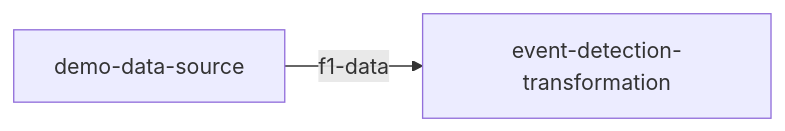
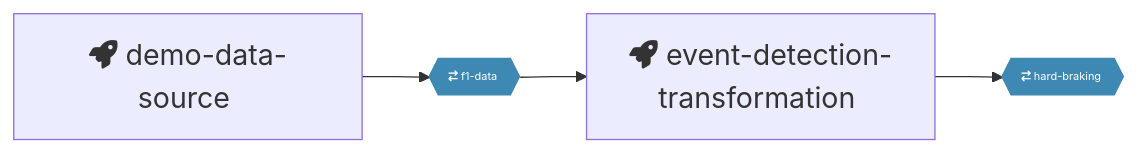
Before and after one commit to quixio/quix-cli: the diagram in docs/Reference/pipeline/view.md, drawn with Mermaid. The commit also changed other lines of this file and 2 other files, not shown here.

````diff
--- a/docs/Reference/pipeline/view.md
+++ b/docs/Reference/pipeline/view.md
@@ -51,5 +25,14 @@
 ```mermaid
 %%{ init: { 'flowchart': { 'curve': 'monotoneX' } } }%%
 graph LR;
-demo-data-source[demo-data-source] -->|f1-data|event-detection-transformation[event-detection-transformation];
+demo-data-source[fa:fa-rocket demo-data-source &#8205] --> f1-data{{ fa:fa-arrow-right-arrow-left f1-data &#8205}}:::topic;
+f1-data{{ fa:fa-arrow-right-arrow-left f1-data &#8205}}:::topic --> event-detection-transformation[fa:fa-rocket event-detection-transformation &#8205];
+event-detection-transformation[fa:fa-rocket event-detection-transformation &#8205] --> hard-braking{{ fa:fa-arrow-right-arrow-left hard-braking &#8205}}:::topic;
+
+
+classDef default font-size:110%;
+classDef topic font-size:80%;
+classDef topic fill:#3E89B3;
+classDef topic stroke:#3E89B3;
+classDef topic color:white;
 ```
````
